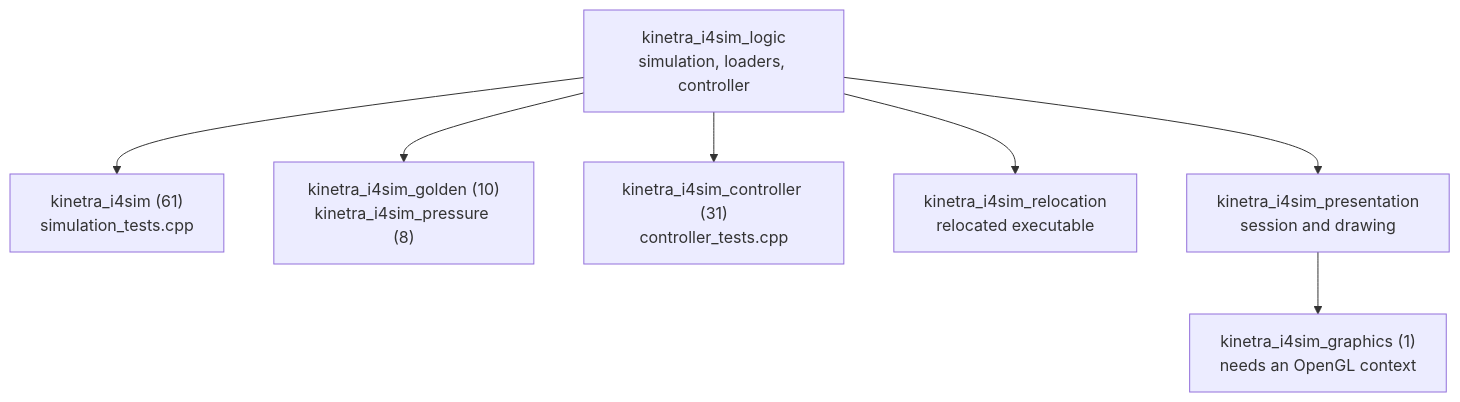
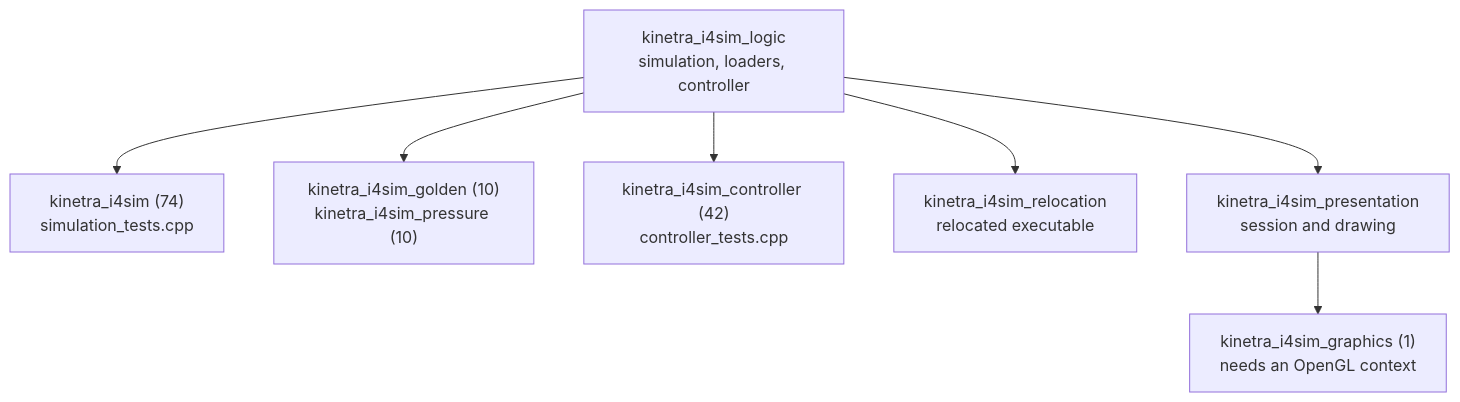
One commit to SMB-M87/Kinetra-Lab changed the diagram in labs/i4sim/tests/README.md. Above: the diagram before and after it, drawn with Mermaid. The commit also changed other lines of this file and 2 other files, not shown here.

First line of the commit message:
docs(i4sim): establish the causes of passing contacts and standstills

````diff
--- a/labs/i4sim/tests/README.md
+++ b/labs/i4sim/tests/README.md
@@ -24,9 +24,9 @@
 ```mermaid
 flowchart TD
-    Logic["kinetra_i4sim_logic<br/>simulation, loaders, controller"] --> Sim["kinetra_i4sim (61)<br/>simulation_tests.cpp"]
-    Logic --> Golden["kinetra_i4sim_golden (10)<br/>kinetra_i4sim_pressure (8)"]
-    Logic --> Controller["kinetra_i4sim_controller (31)<br/>controller_tests.cpp"]
+    Logic["kinetra_i4sim_logic<br/>simulation, loaders, controller"] --> Sim["kinetra_i4sim (74)<br/>simulation_tests.cpp"]
+    Logic --> Golden["kinetra_i4sim_golden (10)<br/>kinetra_i4sim_pressure (10)"]
+    Logic --> Controller["kinetra_i4sim_controller (42)<br/>controller_tests.cpp"]
     Logic --> Relocation["kinetra_i4sim_relocation<br/>relocated executable"]
     Presentation["kinetra_i4sim_presentation<br/>session and drawing"] --> Graphics["kinetra_i4sim_graphics (1)<br/>needs an OpenGL context"]
     Logic --> Presentation
 ```
````
